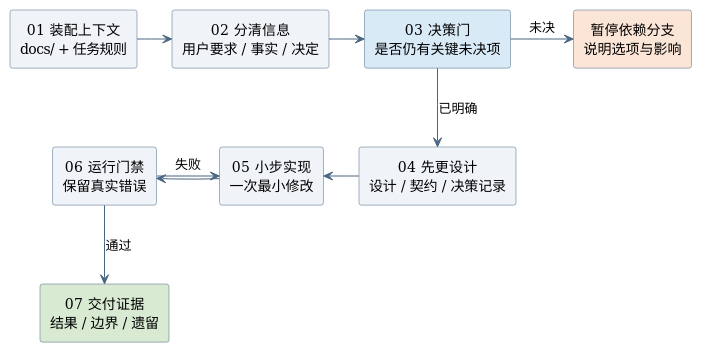
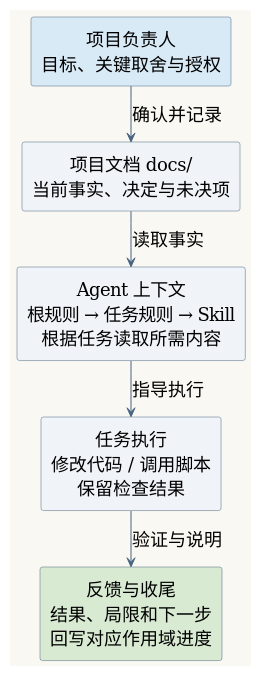
Before and after one commit to lyty1997/AxialMuseWebsite: the second of 5 diagrams in docs/engineering/ai-coding-scaffold-diagrams.md, drawn with PlantUML. The commit also changed other lines of this file and 14 other files, not shown here.

````diff
--- a/docs/engineering/ai-coding-scaffold-diagrams.md
+++ b/docs/engineering/ai-coding-scaffold-diagrams.md
@@ -40,28 +46,25 @@
 ```plantuml
 @startuml
+top to bottom direction
 skinparam shadowing false
-skinparam backgroundColor transparent
+skinparam backgroundColor #FAF8F2
+skinparam defaultFontName "SansSerif"
+skinparam defaultFontSize 18
 skinparam defaultTextAlignment center
 skinparam ArrowColor #486581
 skinparam rectangleBorderColor #486581
 skinparam rectangleBackgroundColor #F0F4F8
+skinparam ranksep 30
 
-rectangle "01  装配上下文\ndocs/ + 任务规则" as Load
-rectangle "02  分清信息\n用户要求 / 事实 / 决定" as Split
-rectangle "03  决策门\n是否仍有关键未决项" as Gate #D9EAF7
-rectangle "暂停依赖分支\n说明选项与影响" as Pause #FBE5D6
-rectangle "04  先更设计\n设计 / 契约 / 决策记录" as Design
-rectangle "05  小步实现\n一次最小修改" as Implement
-rectangle "06  运行门禁\n保留真实错误" as Verify
-rectangle "07  交付证据\n结果 / 边界 / 遗留" as Evidence #D9EAD3
+rectangle "项目负责人\n目标、关键取舍与授权" as Owner #D9EAF7
+rectangle "项目文档 docs/\n当前事实、决定与未决项" as Docs
+rectangle "Agent 上下文\n根规则 → 任务规则 → Skill\n根据任务读取所需内容" as Context
+rectangle "任务执行\n修改代码 / 调用脚本\n保留检查结果" as Execution
+rectangle "反馈与收尾\n结果、局限和下一步\n回写对应作用域进度" as Evidence #D9EAD3
 
-Load -right-> Split
-Split -right-> Gate
-Gate -right-> Pause : 未决
-Gate -down-> Design : 已明确
-Design -left-> Implement
-Implement -left-> Verify
-Verify -right-> Implement : 失败
-Verify -down-> Evidence : 通过
+Owner -down-> Docs : 确认并记录
+Docs -down-> Context : 读取事实
+Context -down-> Execution : 指导执行
+Execution -down-> Evidence : 验证与说明
 @enduml
 ```
````
